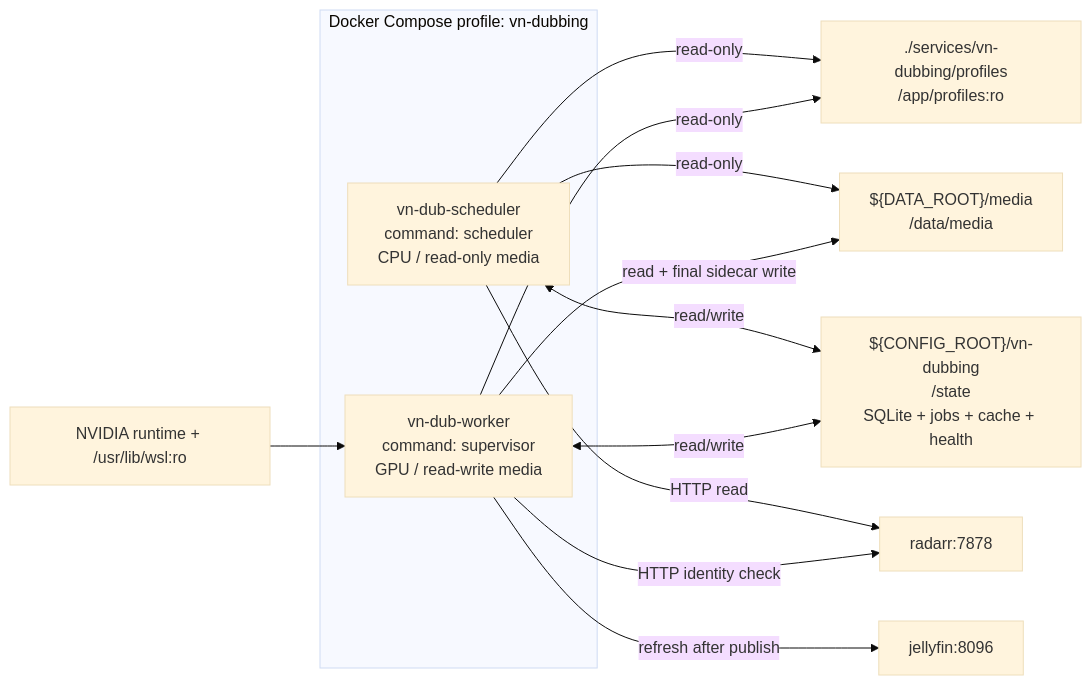
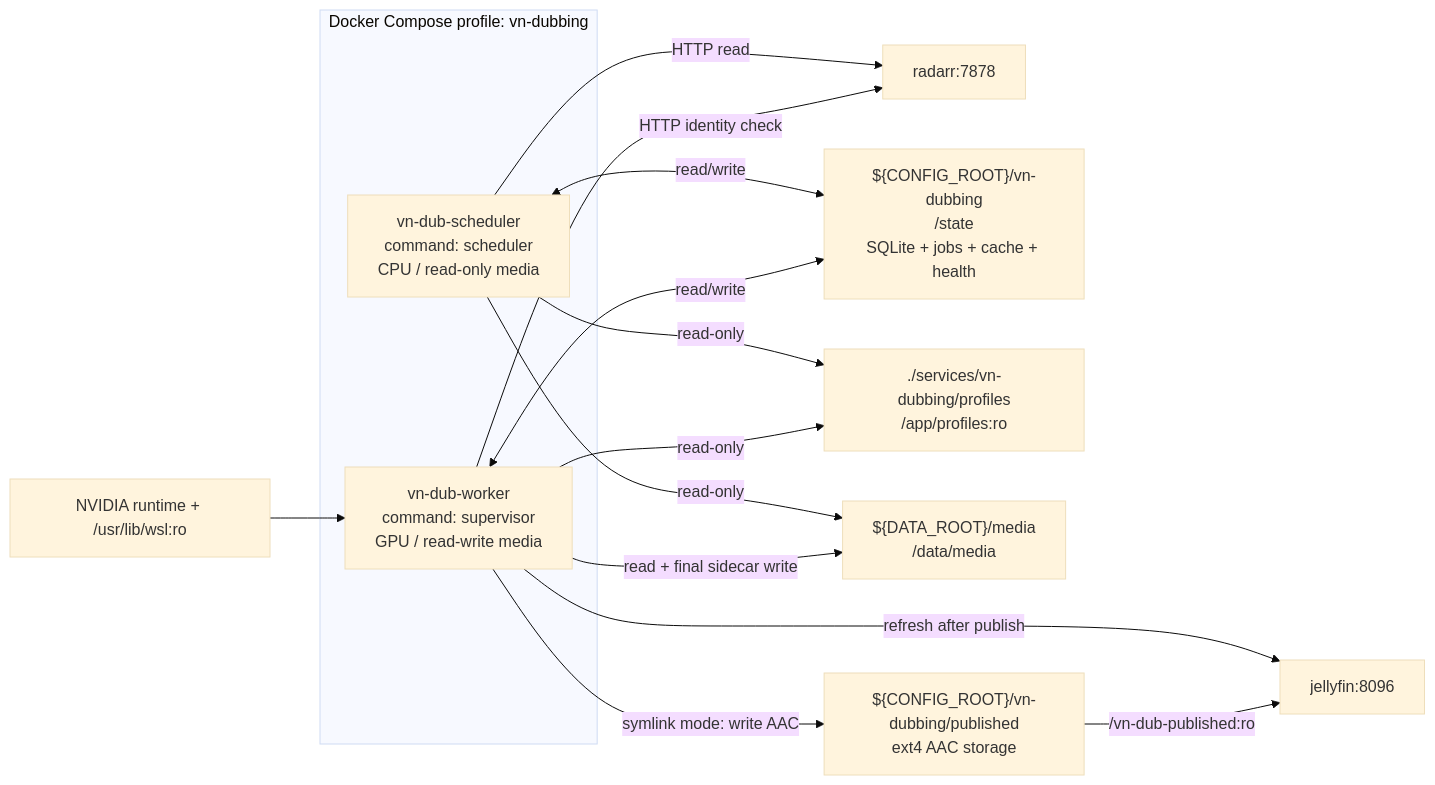
Before and after one commit to hiepgithub2001/nas-lab: the fourth of 4 diagrams in docs/arr-servers/vietnamese-ai-dubbing.md/coding-and-container-patterns.md, drawn with Mermaid (base theme). The commit also changed other lines of this file and 14 other files, not shown here.

Commit message:
feat: support ext4-backed dubbing sidecars

````diff
--- a/docs/arr-servers/vietnamese-ai-dubbing.md/coding-and-container-patterns.md
+++ b/docs/arr-servers/vietnamese-ai-dubbing.md/coding-and-container-patterns.md
@@ -268,26 +271,29 @@
 ```mermaid
 flowchart LR
     subgraph Compose["Docker Compose profile: vn-dubbing"]
         Scheduler["vn-dub-scheduler<br/>command: scheduler<br/>CPU / read-only media"]
         Worker["vn-dub-worker<br/>command: supervisor<br/>GPU / read-write media"]
     end
 
     Radarr["radarr:7878"]
     Jellyfin["jellyfin:8096"]
     State["${CONFIG_ROOT}/vn-dubbing<br/>/state<br/>SQLite + jobs + cache + health"]
     Profile["./services/vn-dubbing/profiles<br/>/app/profiles:ro"]
     Media["${DATA_ROOT}/media<br/>/data/media"]
+    Published["${CONFIG_ROOT}/vn-dubbing/published<br/>ext4 AAC storage"]
     GPU["NVIDIA runtime + /usr/lib/wsl:ro"]
 
     Scheduler -->|"HTTP read"| Radarr
     Scheduler <-->|"read/write"| State
     Scheduler -->|"read-only"| Media
     Scheduler -->|"read-only"| Profile
 
     Worker -->|"HTTP identity check"| Radarr
     Worker -->|"refresh after publish"| Jellyfin
     Worker <-->|"read/write"| State
     Worker -->|"read + final sidecar write"| Media
+    Worker -->|"symlink mode: write AAC"| Published
+    Published -->|"/vn-dub-published:ro"| Jellyfin
     Worker -->|"read-only"| Profile
     GPU --> Worker
 ```
````
